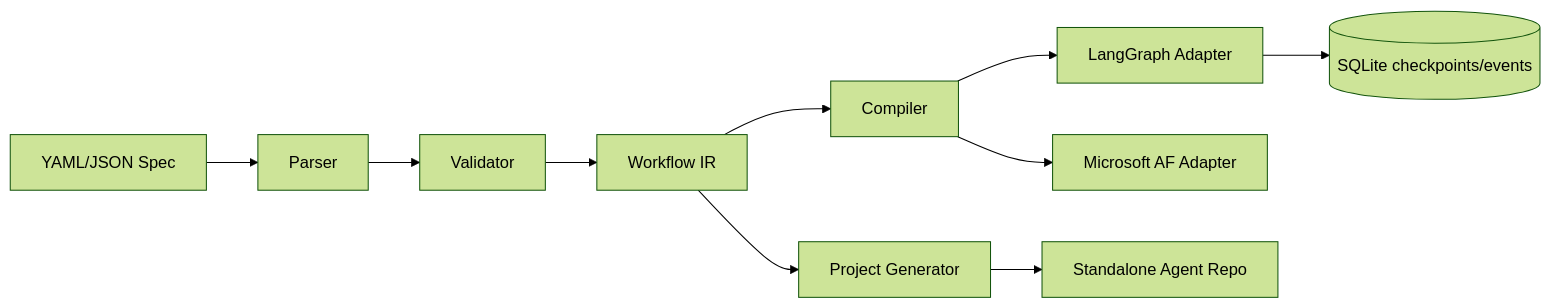
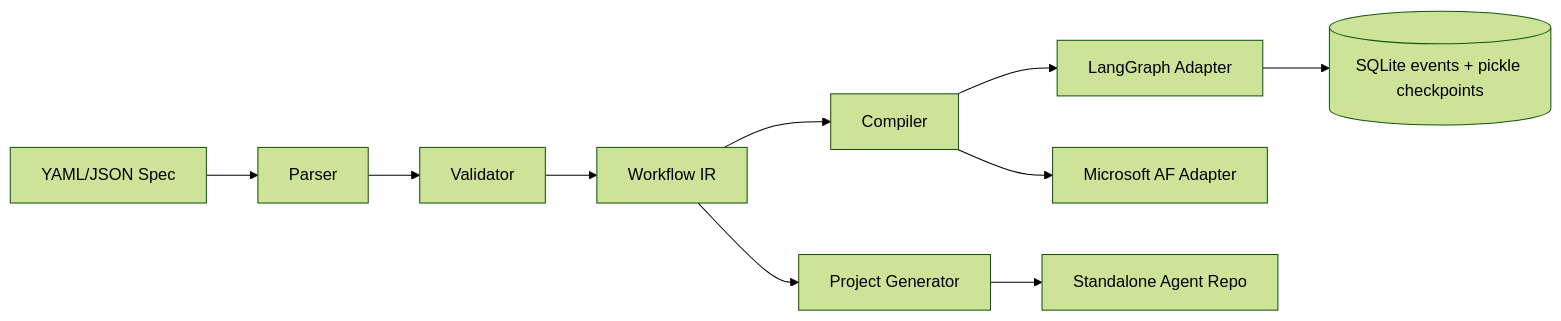
Before and after one commit to rmkr-dev/agentic-workflow-builder: the diagram in docs/architecture.md, drawn with Mermaid (forest theme). The commit also changed other lines of this file and 40 other files, not shown here.

````diff
--- a/docs/architecture.md
+++ b/docs/architecture.md
@@ -5,12 +5,12 @@
 ```mermaid
 flowchart LR
   YAML[YAML/JSON Spec] --> Parser
   Parser --> Validator
   Validator --> IR[Workflow IR]
   IR --> Compiler
   Compiler --> LG[LangGraph Adapter]
   Compiler --> MS[Microsoft AF Adapter]
   IR --> Generator[Project Generator]
   Generator --> Repo[Standalone Agent Repo]
-  LG --> SQLite[(SQLite checkpoints/events)]
+  LG --> SQLite[(SQLite events + pickle checkpoints)]
 ```
````
